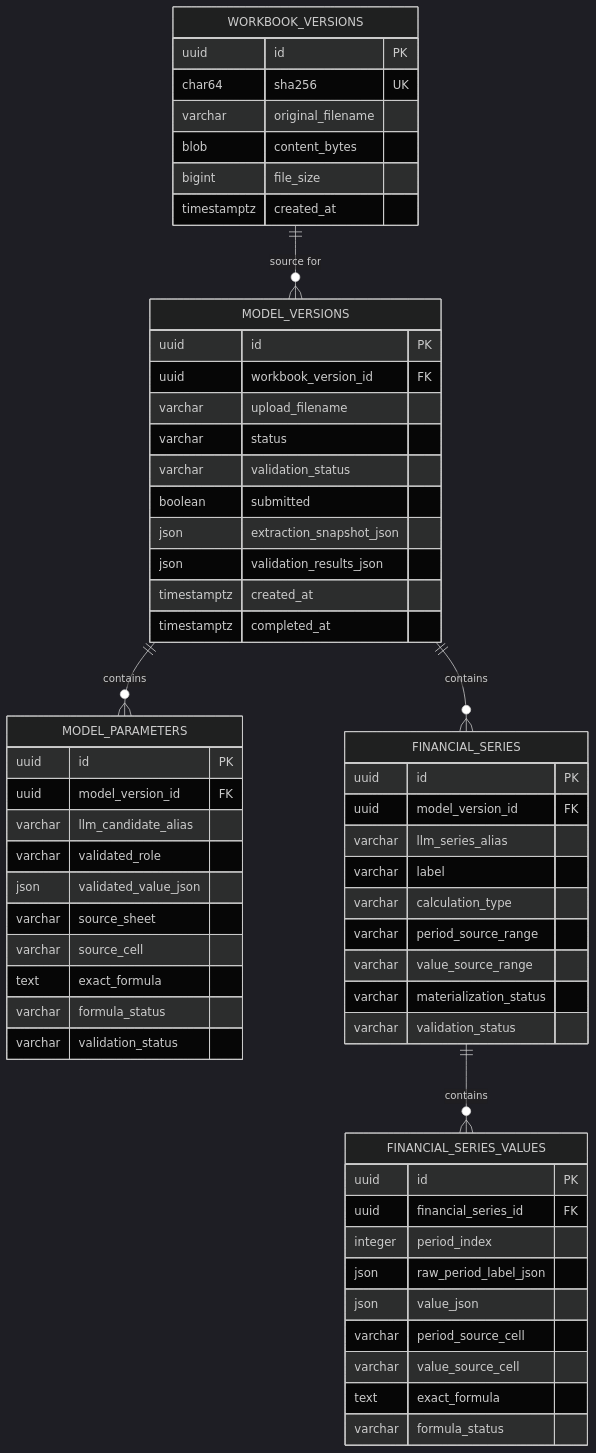
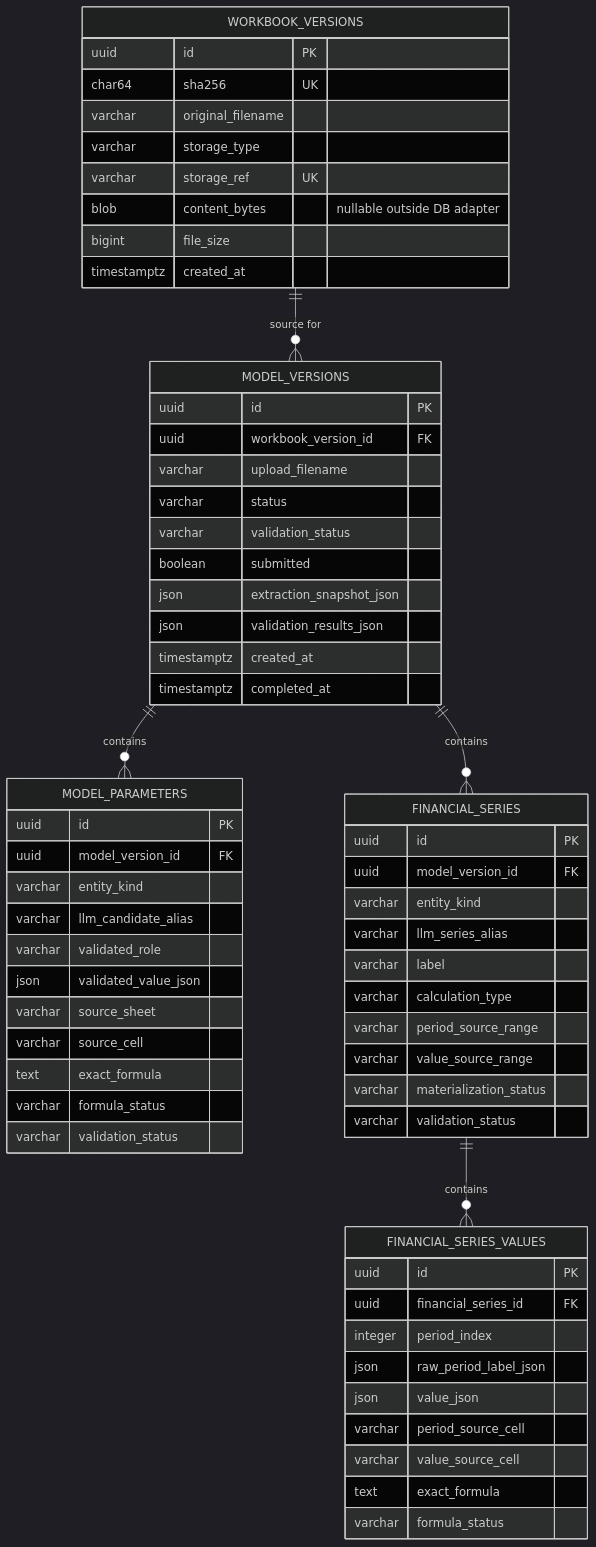
Before and after one commit to GDSherlock/investiq: the third of 5 diagrams in docs/superpowers/specs/2026-07-15-model-extraction-persistence-design.md, drawn with Mermaid (dark theme). The commit also changed other lines of this file, not shown here.

````diff
--- a/docs/superpowers/specs/2026-07-15-model-extraction-persistence-design.md
+++ b/docs/superpowers/specs/2026-07-15-model-extraction-persistence-design.md
@@ -292,62 +302,66 @@
 ```mermaid
 erDiagram
     WORKBOOK_VERSIONS ||--o{ MODEL_VERSIONS : "source for"
     MODEL_VERSIONS ||--o{ MODEL_PARAMETERS : "contains"
     MODEL_VERSIONS ||--o{ FINANCIAL_SERIES : "contains"
     FINANCIAL_SERIES ||--o{ FINANCIAL_SERIES_VALUES : "contains"
 
     WORKBOOK_VERSIONS {
         uuid id PK
         char64 sha256 UK
         varchar original_filename
-        blob content_bytes
+        varchar storage_type
+        varchar storage_ref UK
+        blob content_bytes "nullable outside DB adapter"
         bigint file_size
         timestamptz created_at
     }
     MODEL_VERSIONS {
         uuid id PK
         uuid workbook_version_id FK
         varchar upload_filename
         varchar status
         varchar validation_status
         boolean submitted
         json extraction_snapshot_json
         json validation_results_json
         timestamptz created_at
         timestamptz completed_at
     }
     MODEL_PARAMETERS {
         uuid id PK
         uuid model_version_id FK
+        varchar entity_kind
         varchar llm_candidate_alias
         varchar validated_role
         json validated_value_json
         varchar source_sheet
         varchar source_cell
         text exact_formula
         varchar formula_status
         varchar validation_status
     }
     FINANCIAL_SERIES {
         uuid id PK
         uuid model_version_id FK
+        varchar entity_kind
         varchar llm_series_alias
         varchar label
         varchar calculation_type
         varchar period_source_range
         varchar value_source_range
         varchar materialization_status
         varchar validation_status
     }
     FINANCIAL_SERIES_VALUES {
         uuid id PK
         uuid financial_series_id FK
         integer period_index
         json raw_period_label_json
         json value_json
         varchar period_source_cell
         varchar value_source_cell
         text exact_formula
         varchar formula_status
     }
 ```
````
